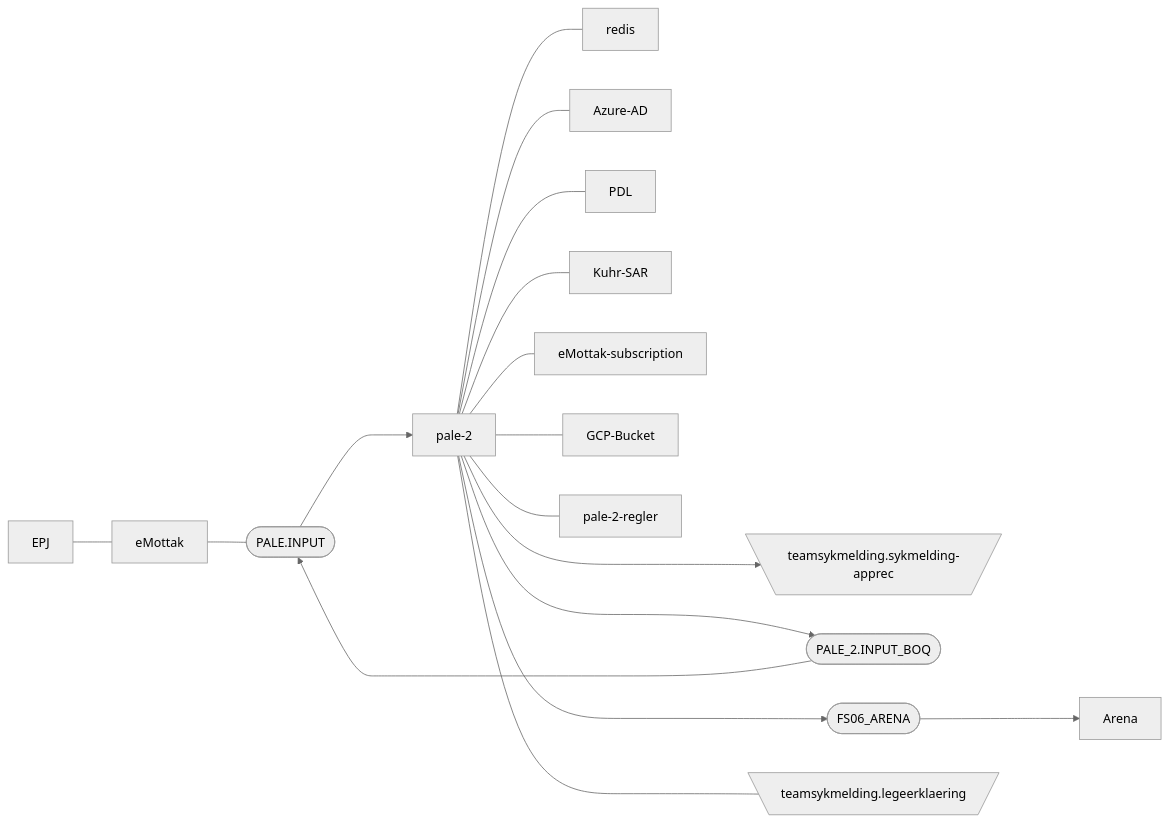
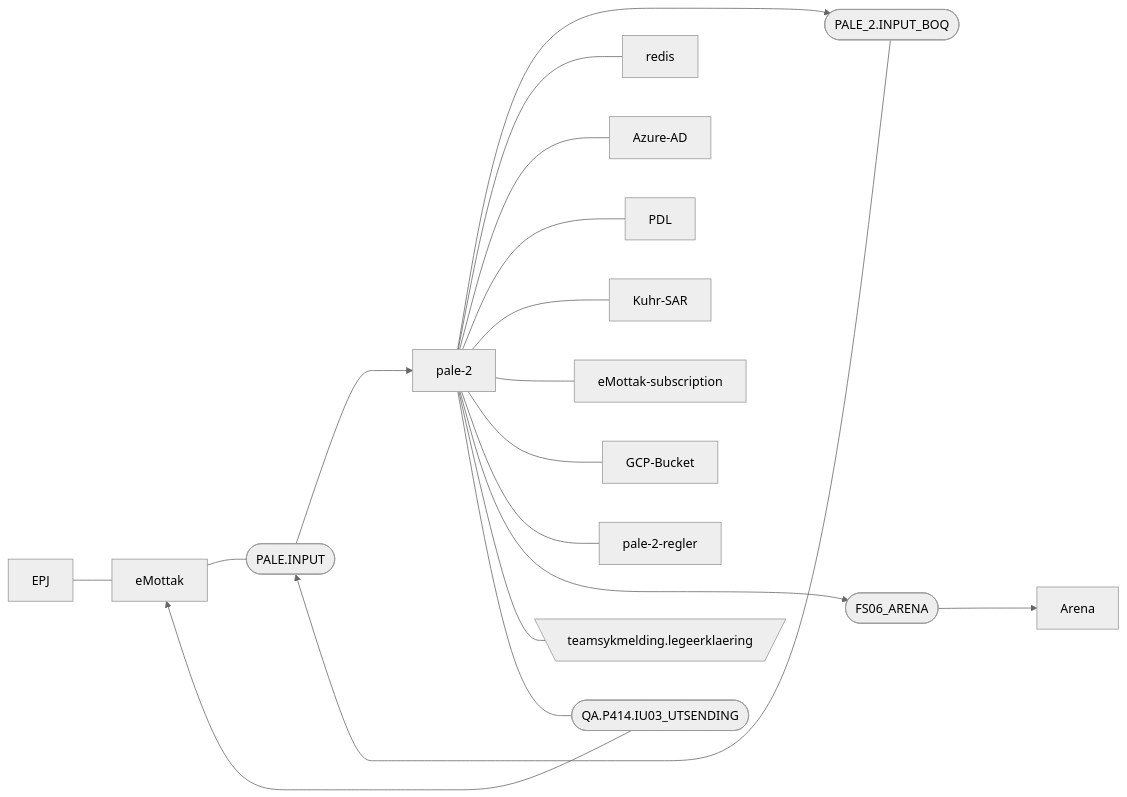
The diagram in README.md (navikt/pale-2), drawn with Mermaid (neutral theme) before and after one commit.

Commit message:
Updated flowcharts

````diff
--- a/README.md
+++ b/README.md
@@ -9,19 +9,20 @@
 ```mermaid
   graph LR;
       EPJ---eMottak;
       eMottak --- id1([PALE.INPUT]);
       id1([PALE.INPUT]) ---> pale-2;
-      pale-2 --->  B[\teamsykmelding.sykmelding-apprec/];
-      pale-2 --->  id2([PALE.INPUT]);
+      pale-2 ---> id2([PALE.INPUT]);
       id2([PALE_2.INPUT_BOQ]) --->  id1([PALE.INPUT]);
       pale-2 --- redis;
       pale-2 --- Azure-AD;
       pale-2 --- PDL;
       pale-2 --- Kuhr-SAR;
       pale-2 --- eMottak-subscription;
       pale-2 --- GCP-Bucket;
       pale-2 --- pale-2-regler;
       pale-2 ---> id3([FS06_ARENA]);
       id3([FS06_ARENA]) ---> Arena;
-      pale-2 ---- A[\teamsykmelding.legeerklaering/];
+      pale-2 --- A[\teamsykmelding.legeerklaering/];
+      pale-2 --- id4([QA.P414.IU03_UTSENDING]);
+      id4([QA.P414.IU03_UTSENDING]) ---> eMottak;
 ```
````
